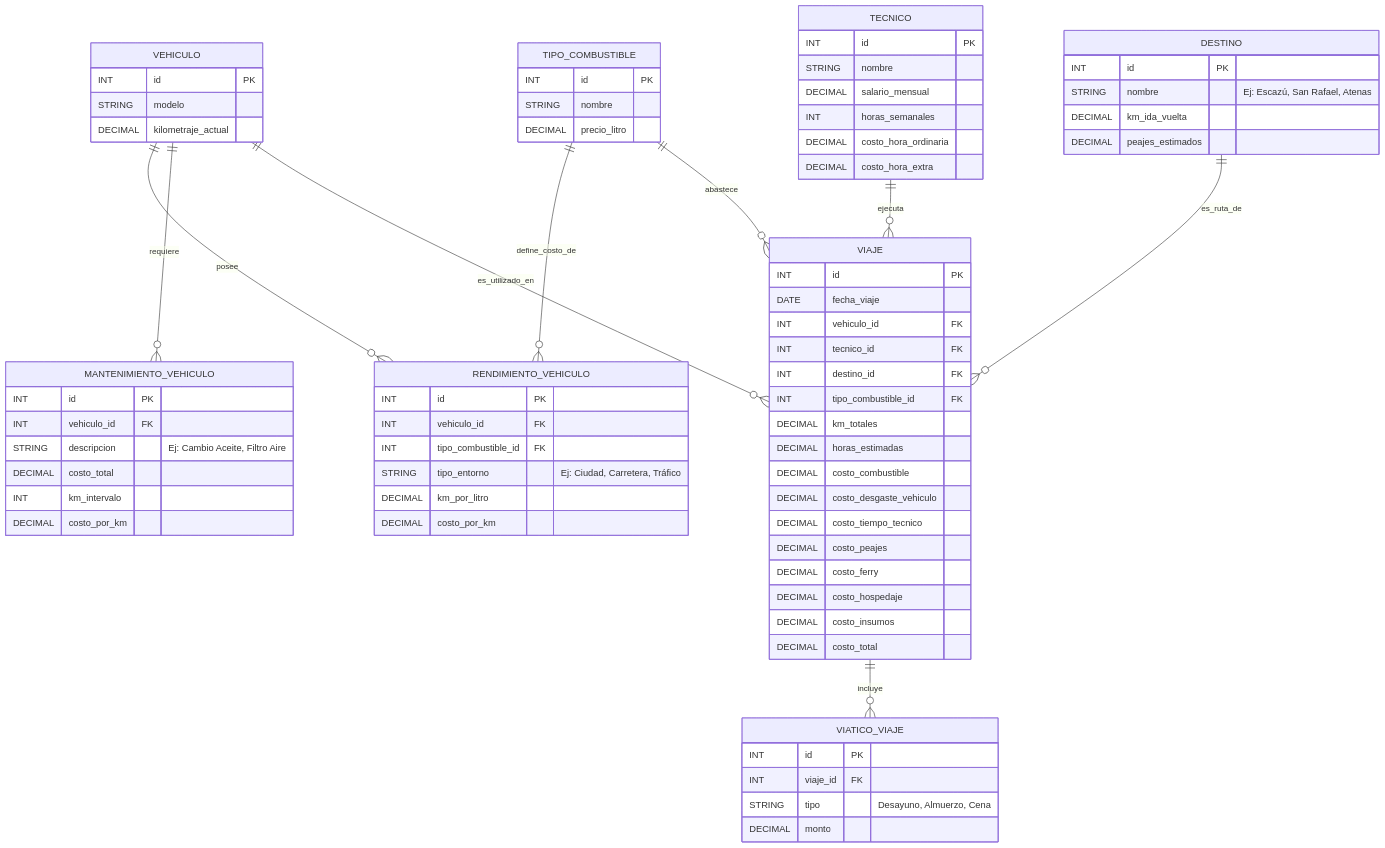
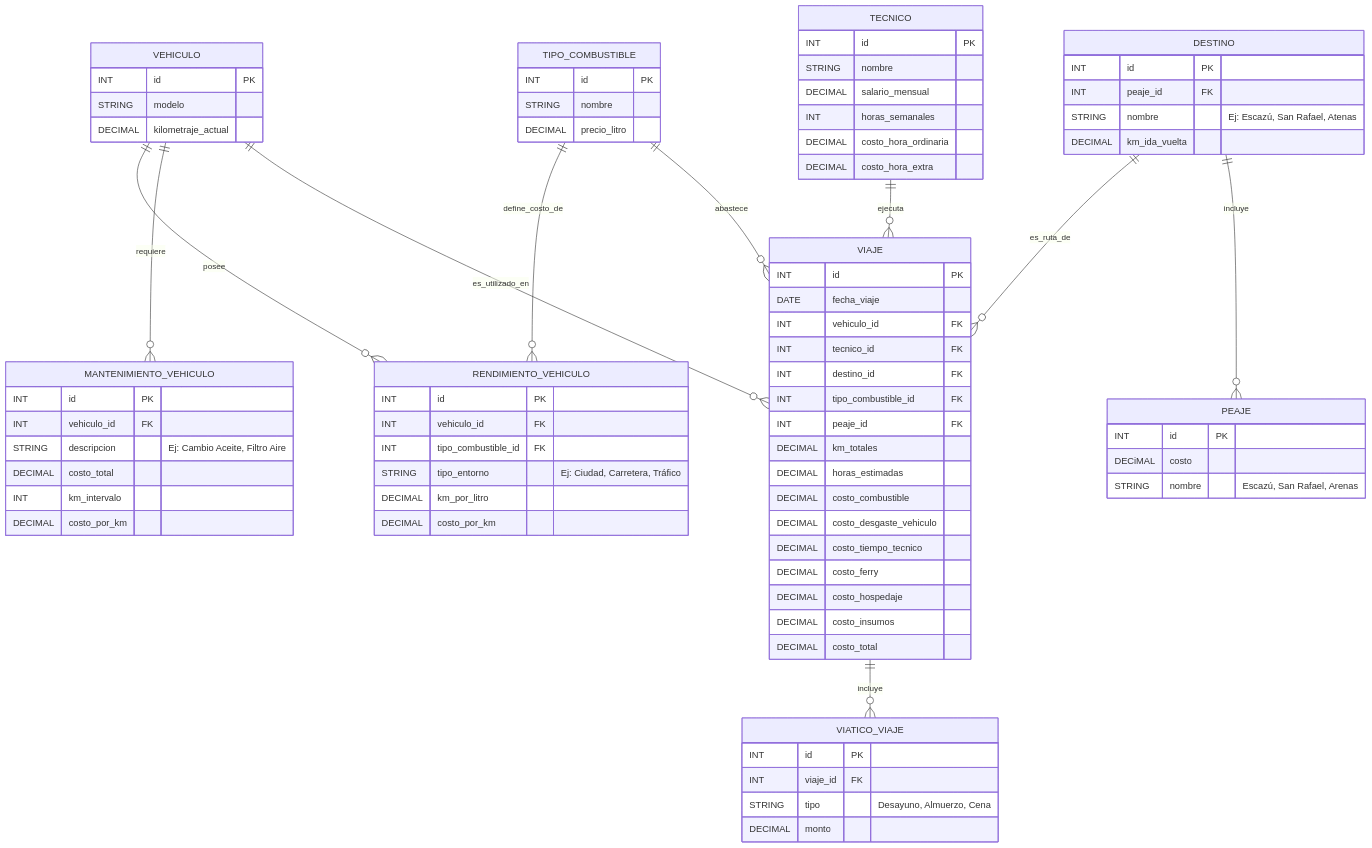
The diagram in README.md (JSc20/sistema-costo-viaje), drawn with Mermaid before and after one commit. The commit also changed other lines of this file, not shown here.

```diff
--- a/README.md
+++ b/README.md
@@ -79,9 +79,9 @@
 
     DESTINO {
         INT id PK
+        INT peaje_id FK
         STRING nombre "Ej: Escazú, San Rafael, Atenas"
         DECIMAL km_ida_vuelta
-        DECIMAL peajes_estimados
     }
 
     VIAJE {
@@ -91,12 +91,12 @@
         INT tecnico_id FK
         INT destino_id FK
         INT tipo_combustible_id FK
+        INT peaje_id FK
         DECIMAL km_totales
         DECIMAL horas_estimadas
         DECIMAL costo_combustible
         DECIMAL costo_desgaste_vehiculo
         DECIMAL costo_tiempo_tecnico
-        DECIMAL costo_peajes
         DECIMAL costo_ferry
         DECIMAL costo_hospedaje
         DECIMAL costo_insumos
@@ -109,6 +109,11 @@
         STRING tipo "Desayuno, Almuerzo, Cena"
         DECIMAL monto
     }
+    PEAJE {
+        INT id PK
+        DECiMAL costo
+        STRING nombre "Escazú, San Rafael, Arenas"
+    }
 
     VEHICULO ||--o{ RENDIMIENTO_VEHICULO : "posee"
     VEHICULO ||--o{ MANTENIMIENTO_VEHICULO : "requiere"
@@ -117,6 +122,7 @@
     VEHICULO ||--o{ VIAJE : "es_utilizado_en"
     TECNICO ||--o{ VIAJE : "ejecuta"
     DESTINO ||--o{ VIAJE : "es_ruta_de"
+    DESTINO ||--o{ PEAJE : "incluye"
     TIPO_COMBUSTIBLE ||--o{ VIAJE : "abastece"
 
     VIAJE ||--o{ VIATICO_VIAJE : "incluye"
```
